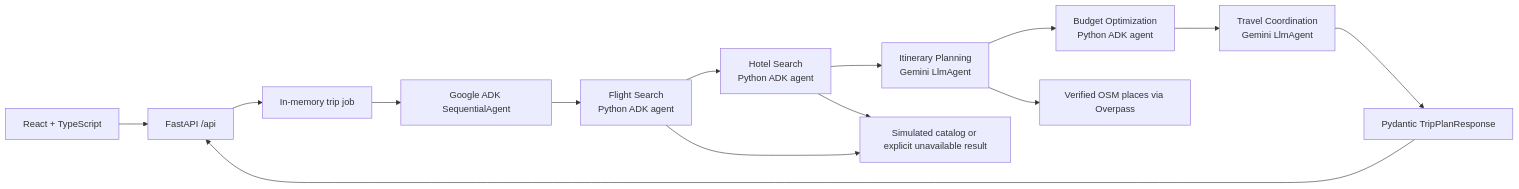
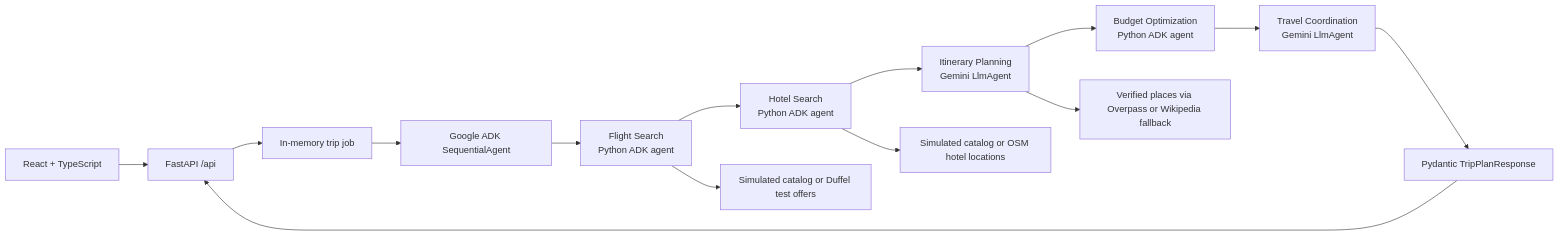
One commit to Saitej999/multi-agent-travel-planner changed the diagram in README.md. Above: the diagram before and after it, drawn with Mermaid. The commit also changed other lines of this file and 32 other files, not shown here.

````diff
--- a/README.md
+++ b/README.md
@@ -18,16 +27,16 @@
 ```mermaid
 flowchart LR
     UI[React + TypeScript] --> API[FastAPI /api]
     API --> JOB[In-memory trip job]
     JOB --> ADK[Google ADK SequentialAgent]
     ADK --> F[Flight Search<br/>Python ADK agent]
     F --> H[Hotel Search<br/>Python ADK agent]
     H --> I[Itinerary Planning<br/>Gemini LlmAgent]
     I --> B[Budget Optimization<br/>Python ADK agent]
     B --> C[Travel Coordination<br/>Gemini LlmAgent]
-    F --> DATA[Simulated catalog or explicit unavailable result]
-    H --> DATA
-    I --> OSM[Verified OSM places via Overpass]
+    F --> DATA[Simulated catalog or Duffel test offers]
+    H --> HOTEL[Simulated catalog or OSM hotel locations]
+    I --> OSM[Verified places via Overpass or Wikipedia fallback]
     C --> OUT[Pydantic TripPlanResponse]
     OUT --> API
 ```
````
